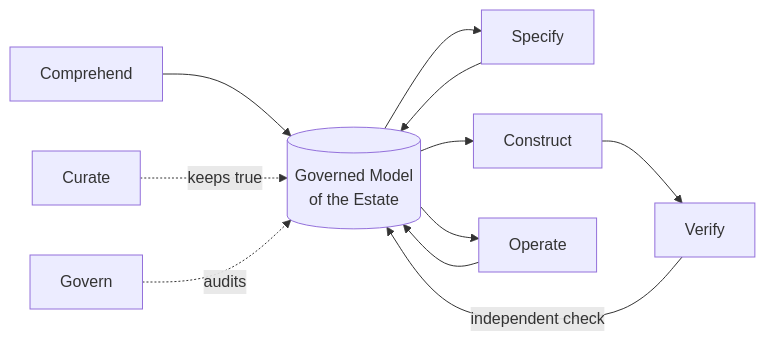
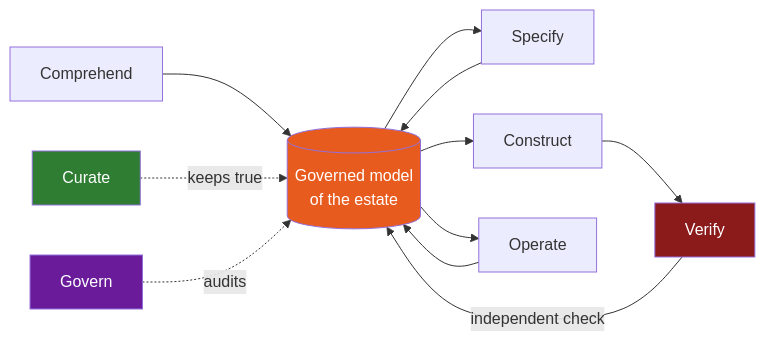
One commit to rounak-das2008/BTACoreBankingHCLTech-KG changed the fifth of 7 diagrams in research/03-slide-deck-content.md. Above: the diagram before and after it, drawn with Mermaid. The commit also changed other lines of this file and 29 other files, not shown here.

First line of the commit message:
Add PRIME.AI v2 slide contents, research paper and verified diagrams

````diff
--- a/research/03-slide-deck-content.md
+++ b/research/03-slide-deck-content.md
@@ -285,11 +453,20 @@
 ```mermaid
 flowchart LR
-    KG[(Governed Model<br/>of the Estate)]
-    Comprehend --> KG
-    KG --> Specify --> KG
-    KG --> Construct --> Verify
-    Verify -->|independent check| KG
-    KG --> Operate --> KG
-    Curate -.keeps true.-> KG
-    Govern -.audits.-> KG
+    KG[("Governed model<br/>of the estate")]
+
+    CO["Comprehend"] --> KG
+    KG --> SP["Specify"]
+    SP --> KG
+    KG --> CN["Construct"]
+    CN --> VE["Verify"]
+    VE -->|"independent check"| KG
+    KG --> OP["Operate"]
+    OP --> KG
+    CU["Curate"] -.->|"keeps true"| KG
+    GO["Govern"] -.->|"audits"| KG
+
+    style KG fill:#E85B1E,color:#ffffff
+    style VE fill:#8B1A1A,color:#ffffff
+    style CU fill:#2E7D32,color:#ffffff
+    style GO fill:#6A1B9A,color:#ffffff
 ```
````
